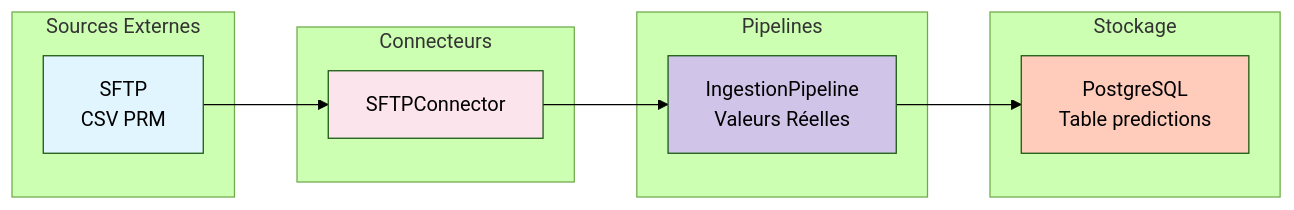
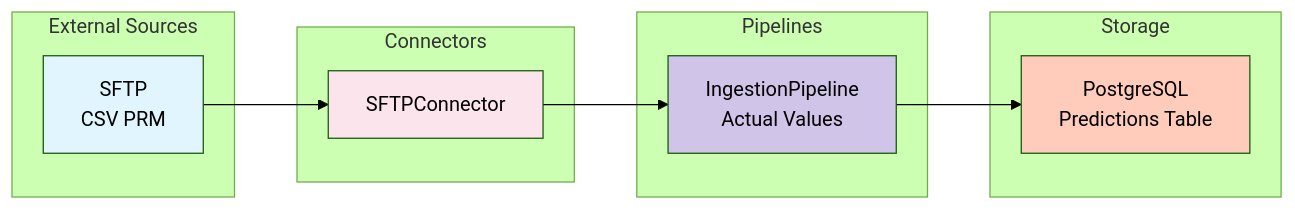
One commit to jinsudai/jinsudai changed the diagram in Services/docsify/docs/ingestion.md. Above: the diagram before and after it, drawn with Mermaid (forest theme). The commit also changed 3 other files, not shown here.

````diff
--- a/Services/docsify/docs/ingestion.md
+++ b/Services/docsify/docs/ingestion.md
@@ -11,27 +11,27 @@
 ```mermaid
 graph LR
-    subgraph "Sources Externes"
+    subgraph "External Sources"
         S1[SFTP<br/>CSV PRM]
     end
 
-    subgraph "Connecteurs"
+    subgraph "Connectors"
         C1[SFTPConnector]
     end
 
     subgraph "Pipelines"
-        P1[IngestionPipeline<br/>Valeurs Réelles]
+        P1[IngestionPipeline<br/>Actual Values]
     end
 
-    subgraph "Stockage"
-        ST1[PostgreSQL<br/>Table predictions]
+    subgraph "Storage"
+        ST1[PostgreSQL<br/>Predictions Table]
     end
 
     S1 --> C1
     C1 --> P1
     P1 --> ST1
 
     style S1 fill:#e1f5ff
     style C1 fill:#fce4ec
     style P1 fill:#d1c4e9
     style ST1 fill:#ffccbc
 ```
````
